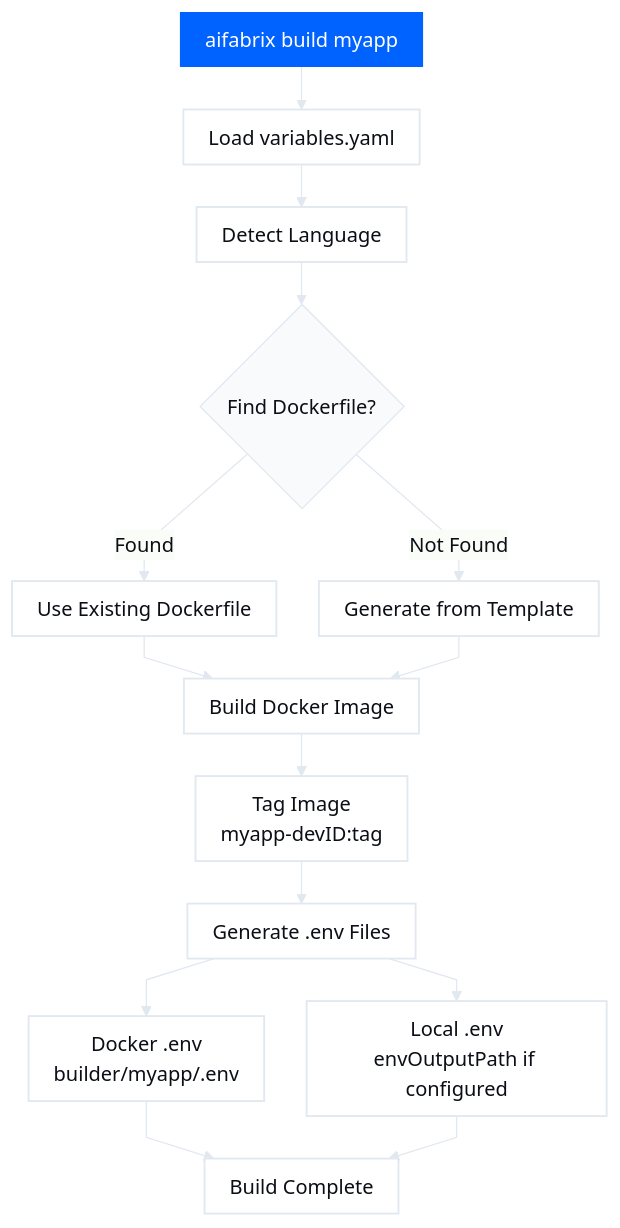
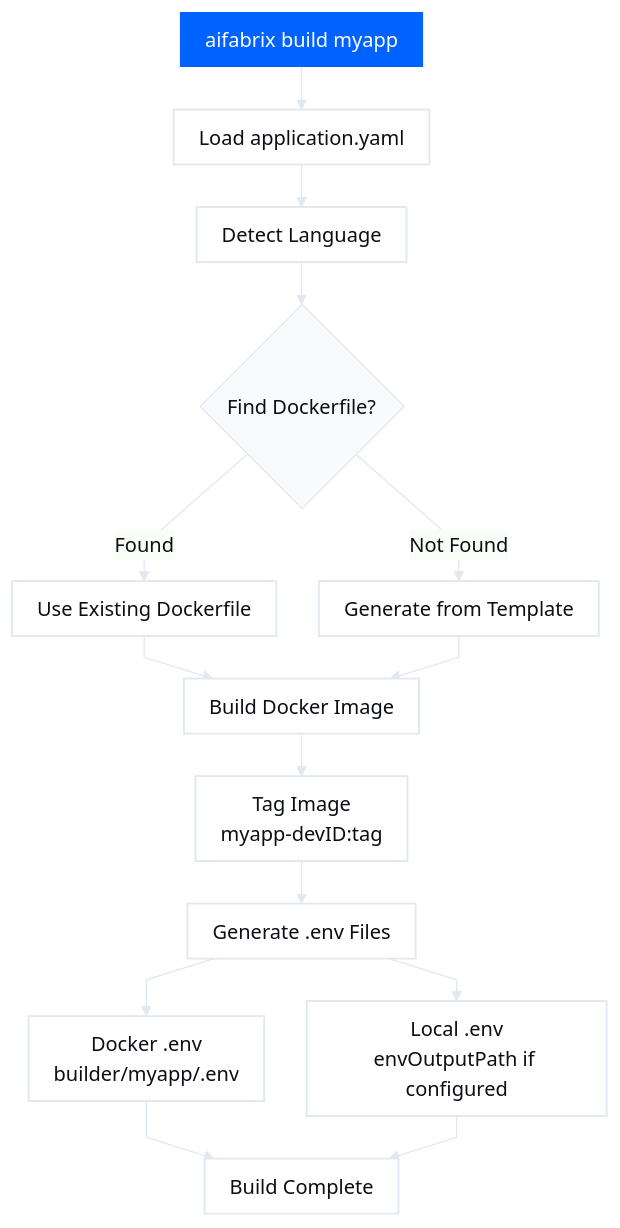
Before and after one commit to esystemsdev/aifabrix-builder: the first of 3 diagrams in docs/building.md, drawn with Mermaid. The commit also changed other lines of this file and 259 other files, not shown here.

````diff
--- a/docs/building.md
+++ b/docs/building.md
@@ -32,47 +32,47 @@
 ```mermaid
 %%{init: {
   "theme": "base",
   "themeVariables": {
     "fontFamily": "Poppins, Arial Rounded MT Bold, Arial, sans-serif",
     "fontSize": "16px",
     "background": "#FFFFFF",
     "primaryColor": "#F8FAFC",
     "primaryTextColor": "#0B0E15",
     "primaryBorderColor": "#E2E8F0",
     "lineColor": "#E2E8F0",
     "textColor": "#0B0E15",
     "borderRadius": 16
   },
   "flowchart": {
     "curve": "linear",
     "nodeSpacing": 34,
     "rankSpacing": 34,
     "padding": 10
   }
 }}%%
 
 flowchart TD
 
 %% =======================
 %% Styles
 %% =======================
 classDef base fill:#FFFFFF,color:#0B0E15,stroke:#E2E8F0,stroke-width:1.5px;
 classDef primary fill:#0062FF,color:#ffffff,stroke-width:0px;
 
 %% =======================
 %% Flow
 %% =======================
-Start[aifabrix build myapp]:::primary --> LoadConfig[Load variables.yaml]:::base
+Start[aifabrix build myapp]:::primary --> LoadConfig[Load application.yaml]:::base
 LoadConfig --> DetectLang[Detect Language]:::base
 DetectLang --> FindDockerfile{Find Dockerfile?}
 FindDockerfile -->|Found| UseExisting[Use Existing Dockerfile]:::base
 FindDockerfile -->|Not Found| GenerateDockerfile[Generate from Template]:::base
 UseExisting --> BuildImage[Build Docker Image]:::base
 GenerateDockerfile --> BuildImage
 BuildImage --> TagImage[Tag Image<br/>myapp-devID:tag]:::base
 TagImage --> GenerateEnv[Generate .env Files]:::base
 GenerateEnv --> DockerEnv[Docker .env<br/>builder/myapp/.env]:::base
 GenerateEnv --> LocalEnv[Local .env<br/>envOutputPath if configured]:::base
 DockerEnv --> Complete[Build Complete]:::base
 LocalEnv --> Complete
 ```
````
